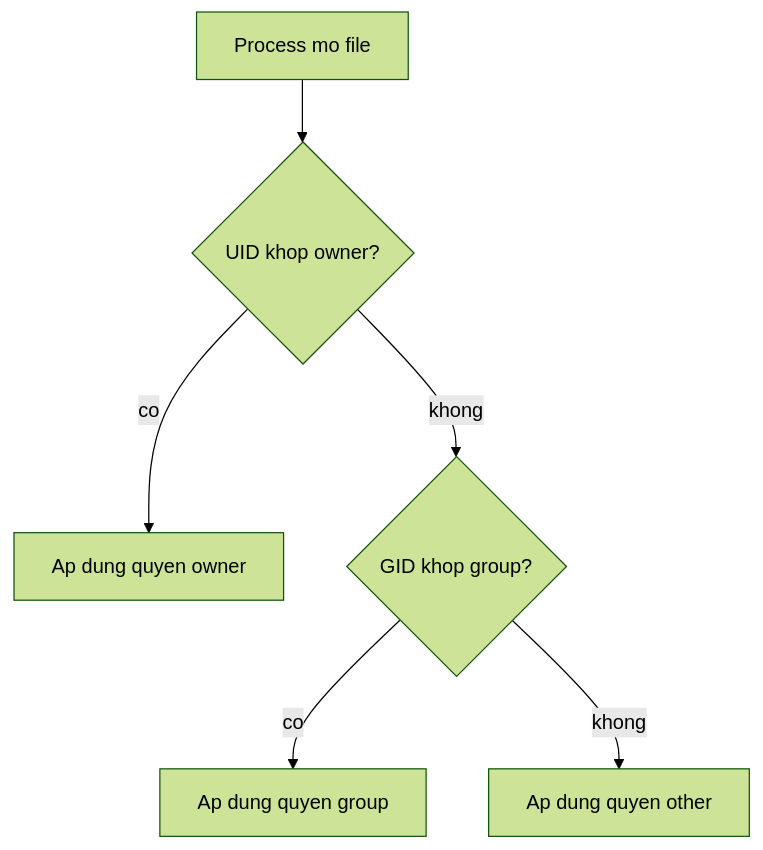
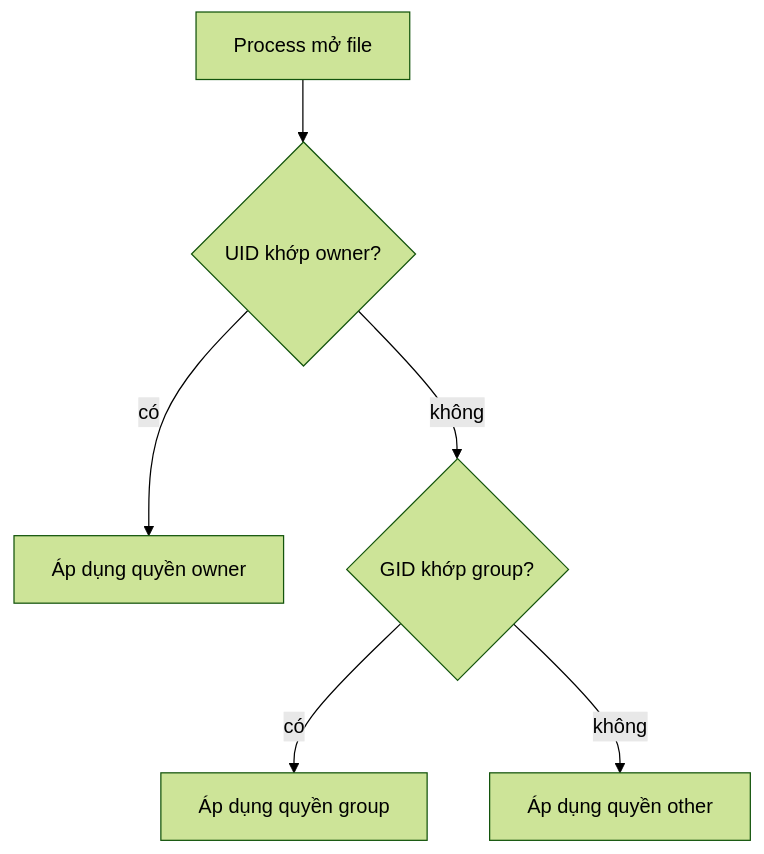
The first of 2 diagrams in slides/01-foundation/session-04.md (TienNHM/devops-course), drawn with Mermaid (forest theme) before and after one commit. The commit also changed other lines of this file and 266 other files, not shown here.

````diff
--- a/slides/01-foundation/session-04.md
+++ b/slides/01-foundation/session-04.md
@@ -69,8 +48,8 @@
 ```mermaid
 flowchart TD
-    A["Process mo file"] --> B{"UID khop owner?"}
-    B -->|"co"| O["Ap dung quyen owner"]
-    B -->|"khong"| C{"GID khop group?"}
-    C -->|"co"| G["Ap dung quyen group"]
-    C -->|"khong"| T["Ap dung quyen other"]
+    A["Process mở file"] --> B{"UID khớp owner?"}
+    B -->|"có"| O["Áp dụng quyền owner"]
+    B -->|"không"| C{"GID khớp group?"}
+    C -->|"có"| G["Áp dụng quyền group"]
+    C -->|"không"| T["Áp dụng quyền other"]
 ```
````
